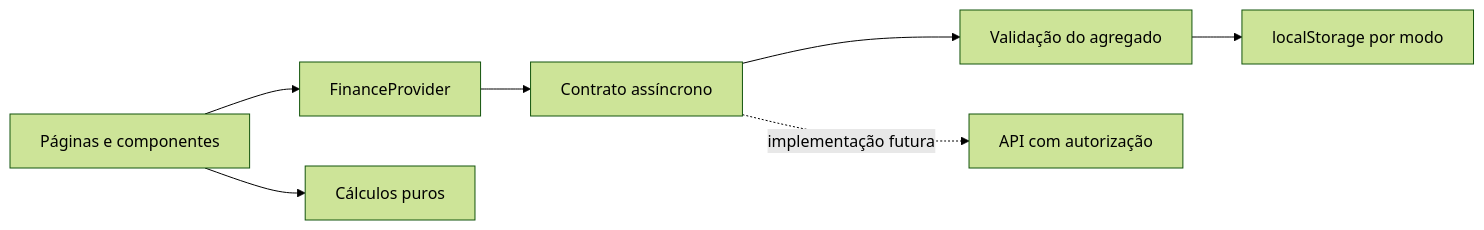
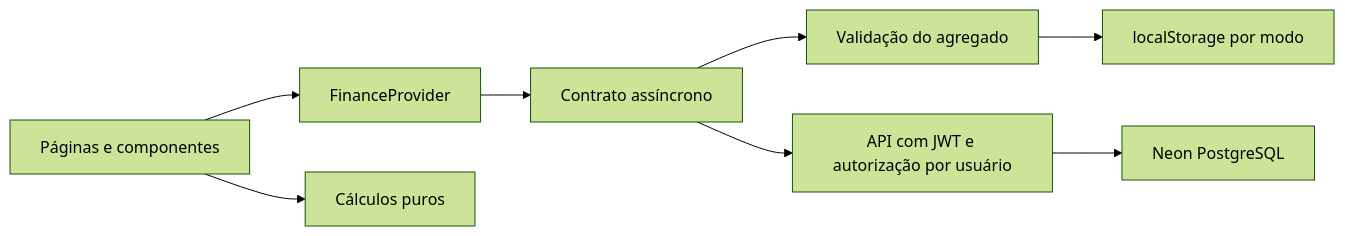
One commit to Tsilveira-dev/saldolab changed the diagram in docs/architecture.md. Above: the diagram before and after it, drawn with Mermaid (forest theme). The commit also changed other lines of this file and 32 other files, not shown here.

````diff
--- a/docs/architecture.md
+++ b/docs/architecture.md
@@ -9,9 +9,10 @@
 ```mermaid
 flowchart LR
     Pages[Páginas e componentes] --> Context[FinanceProvider]
     Pages --> Domain[Cálculos puros]
     Context --> Repository[Contrato assíncrono]
     Repository --> Validation[Validação do agregado]
     Validation --> Local[localStorage por modo]
-    Repository -. implementação futura .-> API[API com autorização]
+    Repository --> API[API com JWT e autorização por usuário]
+    API --> DB[Neon PostgreSQL]
 ```
````
